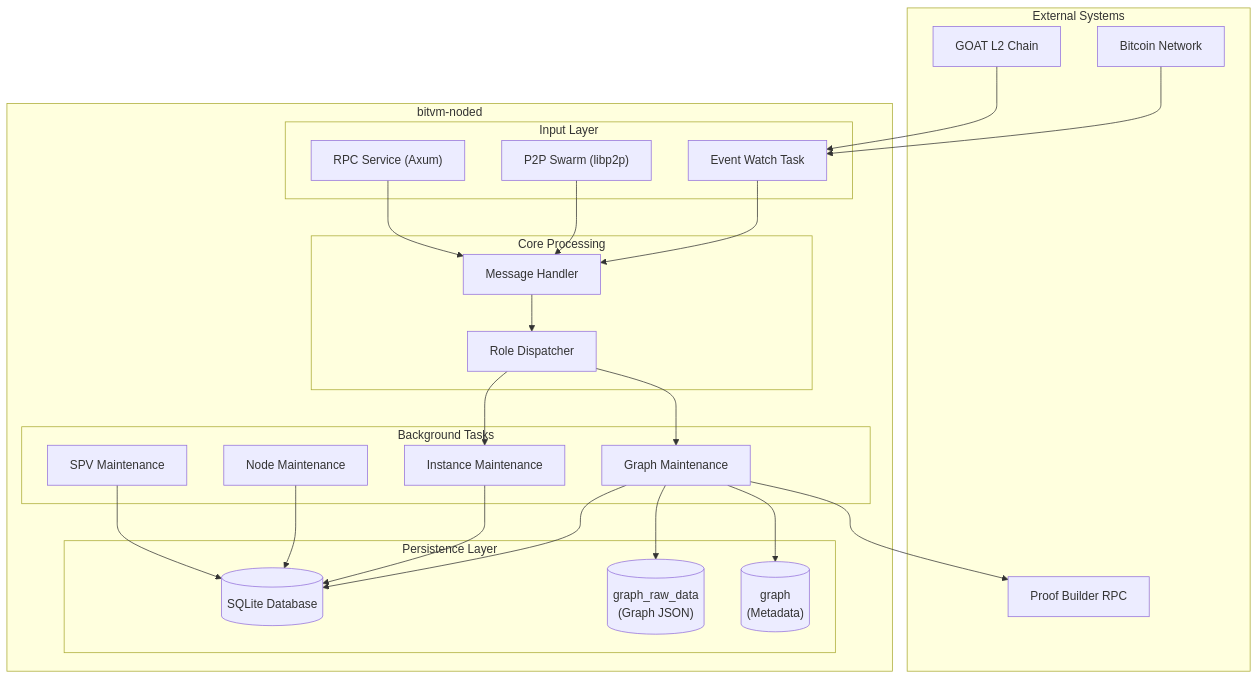
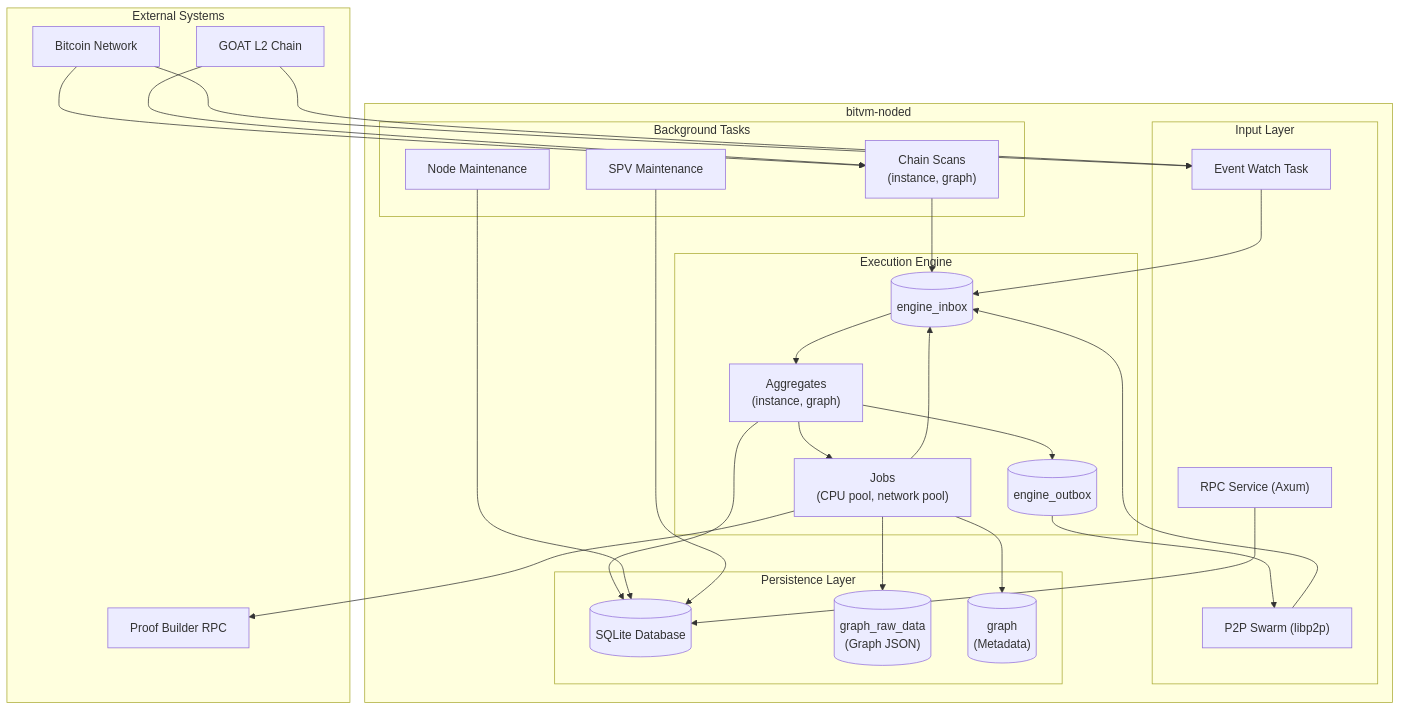
One commit to GOATNetwork/bitvm-node changed the first of 13 diagrams in node/README.md. Above: the diagram before and after it, drawn with Mermaid. The commit also changed other lines of this file and 24 other files, not shown here.

````diff
--- a/node/README.md
+++ b/node/README.md
@@ -51,50 +51,55 @@
 ```mermaid
 flowchart TB
     subgraph External["External Systems"]
         BTC["Bitcoin Network"]
         GOAT["GOAT L2 Chain"]
         PB["Proof Builder RPC"]
     end
 
     subgraph Node["bitvm-noded"]
         subgraph Input["Input Layer"]
             EW["Event Watch Task"]
             P2P["P2P Swarm (libp2p)"]
             RPC["RPC Service (Axum)"]
         end
 
-        subgraph Core["Core Processing"]
-            MH["Message Handler"]
-            DISP["Role Dispatcher"]
+        subgraph Core["Execution Engine"]
+            INBOX[("engine_inbox")]
+            AGG["Aggregates\n(instance, graph)"]
+            OUTBOX[("engine_outbox")]
+            JOBS["Jobs\n(CPU pool, network pool)"]
         end
 
         subgraph Tasks["Background Tasks"]
-            GM["Graph Maintenance"]
-            IM["Instance Maintenance"]
+            SCAN["Chain Scans\n(instance, graph)"]
             NM["Node Maintenance"]
             SPV["SPV Maintenance"]
         end
 
         subgraph Storage["Persistence Layer"]
             DB[(SQLite Database)]
             GD[("graph_raw_data\n(Graph JSON)")]
             GM_TBL[("graph\n(Metadata)")]
         end
     end
 
     BTC --> EW
     GOAT --> EW
-    EW --> MH
-    P2P --> MH
-    RPC --> MH
-    MH --> DISP
-    DISP --> GM
-    DISP --> IM
-    GM --> DB
-    IM --> DB
+    BTC --> SCAN
+    GOAT --> SCAN
+    EW --> INBOX
+    P2P --> INBOX
+    SCAN --> INBOX
+    RPC --> DB
+    INBOX --> AGG
+    AGG --> OUTBOX
+    AGG --> JOBS
+    JOBS --> INBOX
+    OUTBOX --> P2P
+    AGG --> DB
+    JOBS --> GD
+    JOBS --> GM_TBL
+    JOBS --> PB
     NM --> DB
     SPV --> DB
-    GM --> GD
-    GM --> GM_TBL
-    GM --> PB
 ```
````
